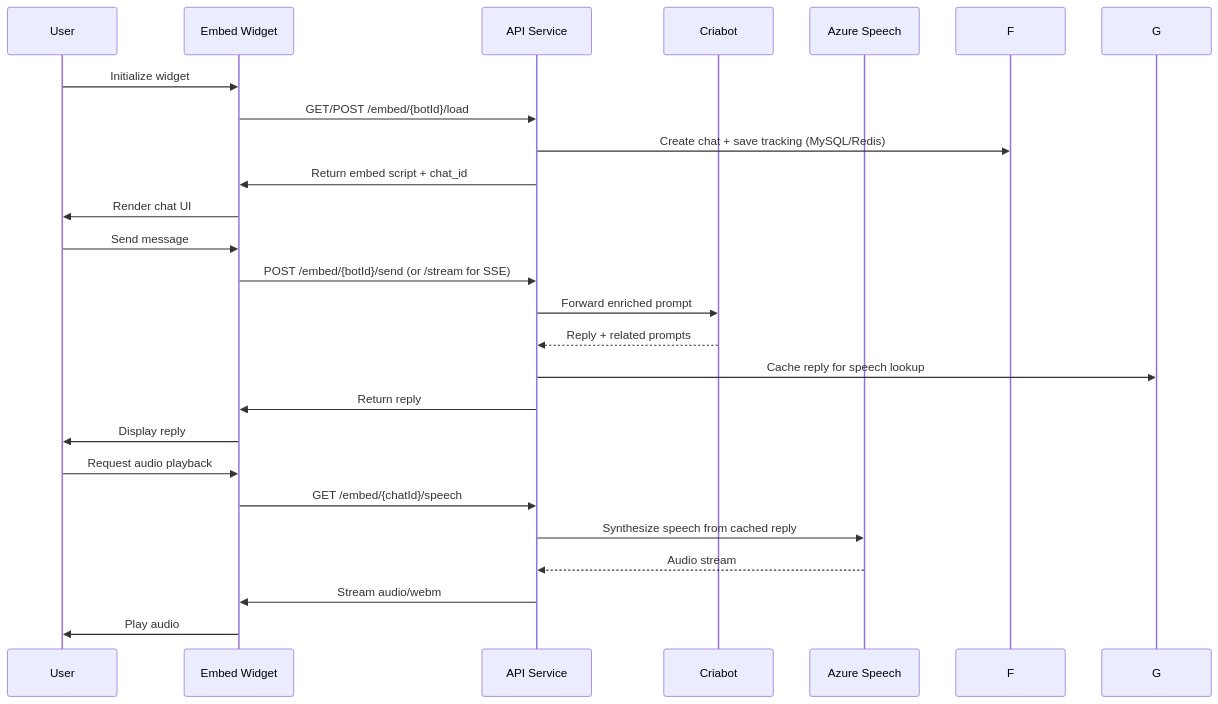
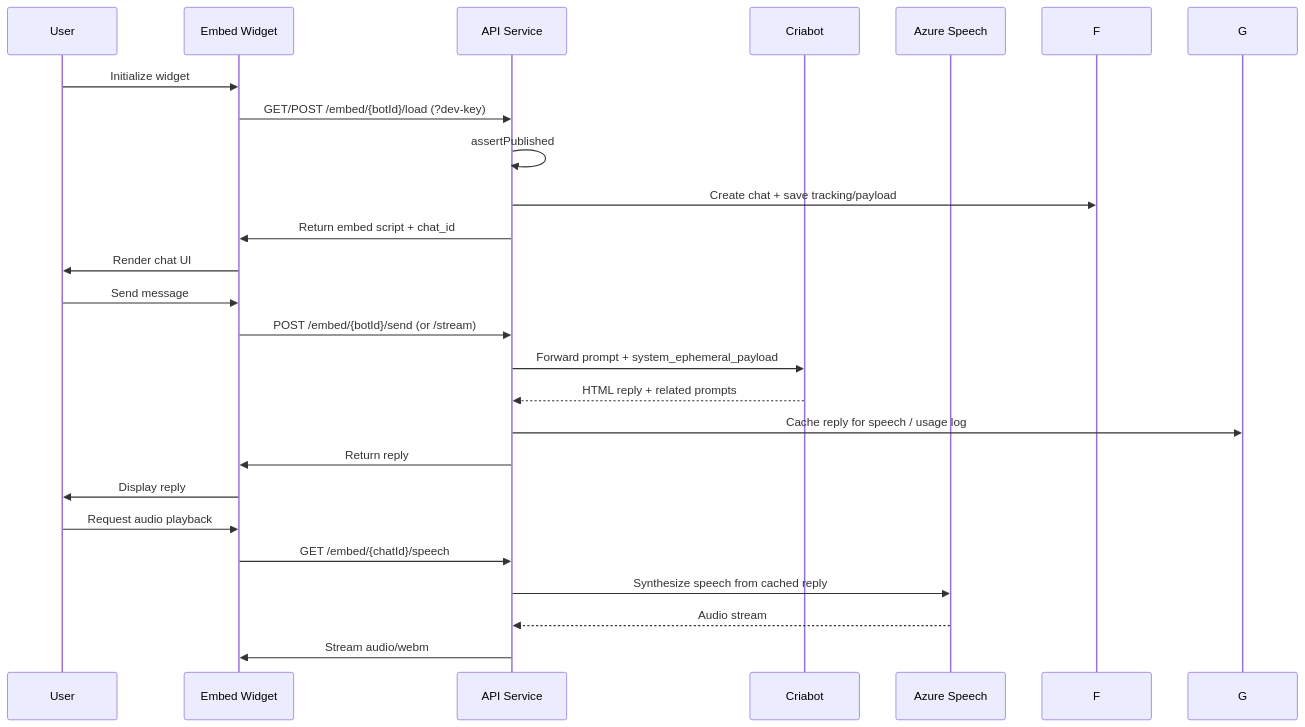
One commit to YorkUITInnovation/CriaEmbed changed the second of 2 diagrams in ARCHITECTURE.md. Above: the diagram before and after it, drawn with Mermaid. The commit also changed other lines of this file and 3 other files, not shown here.

Commit message:
docs: sync API and architecture docs with current codebase

````diff
--- a/ARCHITECTURE.md
+++ b/ARCHITECTURE.md
@@ -92,26 +88,26 @@
 ```mermaid
 sequenceDiagram
   participant U as User
   participant W as Embed Widget
   participant A as API Service
   participant CB as Criabot
   participant S as Azure Speech
   U->>W: Initialize widget
-  W->>A: GET/POST /embed/{botId}/load
-  A->>F: Create chat + save tracking (MySQL/Redis)
+  W->>A: GET/POST /embed/{botId}/load (?dev-key)
+  A->>A: assertPublished
+  A->>F: Create chat + save tracking/payload
   A->>W: Return embed script + chat_id
   W->>U: Render chat UI
   U->>W: Send message
-  W->>A: POST /embed/{botId}/send (or /stream for SSE)
-  A->>CB: Forward enriched prompt
-  CB-->>A: Reply + related prompts
-  A->>G: Cache reply for speech lookup
+  W->>A: POST /embed/{botId}/send (or /stream)
+  A->>CB: Forward prompt + system_ephemeral_payload
+  CB-->>A: HTML reply + related prompts
+  A->>G: Cache reply for speech / usage log
   A->>W: Return reply
   W->>U: Display reply
   U->>W: Request audio playback
   W->>A: GET /embed/{chatId}/speech
   A->>S: Synthesize speech from cached reply
   S-->>A: Audio stream
   A->>W: Stream audio/webm
-  W->>U: Play audio
 ```
````
